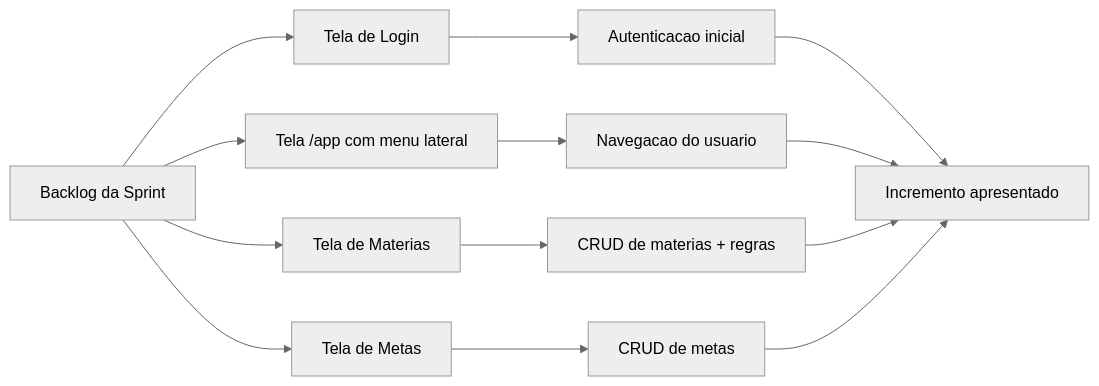
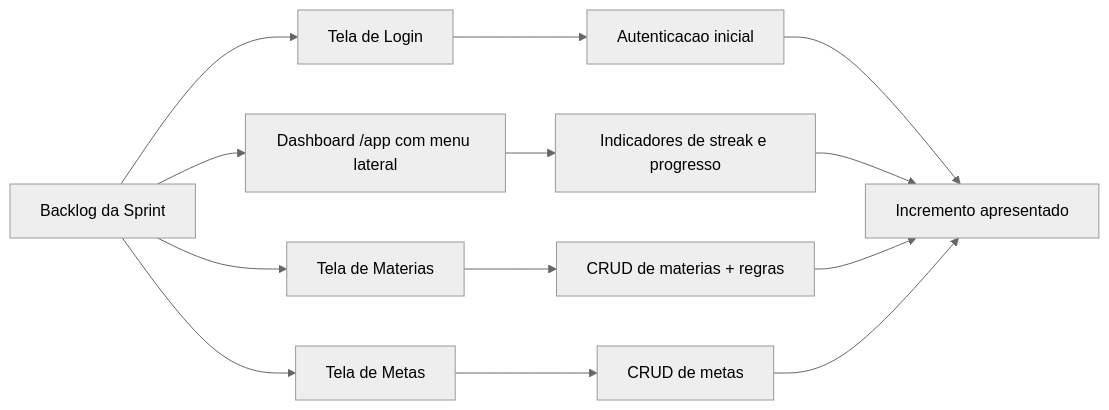
Before and after one commit to art4raujo0/xp-diario: the sixth of 6 diagrams in docs/DIAGRAMAS_TELAS_USUARIO_FINAL.md, drawn with Mermaid (neutral theme). The commit also changed other lines of this file and 12 other files, not shown here.

````diff
--- a/docs/DIAGRAMAS_TELAS_USUARIO_FINAL.md
+++ b/docs/DIAGRAMAS_TELAS_USUARIO_FINAL.md
@@ -87,15 +110,15 @@
 ```mermaid
 flowchart LR
     A[Backlog da Sprint] --> B[Tela de Login]
-    A --> C[Tela /app com menu lateral]
+    A --> C[Dashboard /app com menu lateral]
     A --> D[Tela de Materias]
     A --> E[Tela de Metas]
     B --> F[Autenticacao inicial]
-    C --> G[Navegacao do usuario]
+    C --> G[Indicadores de streak e progresso]
     D --> H[CRUD de materias + regras]
     E --> I[CRUD de metas]
     F --> J[Incremento apresentado]
     G --> J
     H --> J
     I --> J
 ```
````
